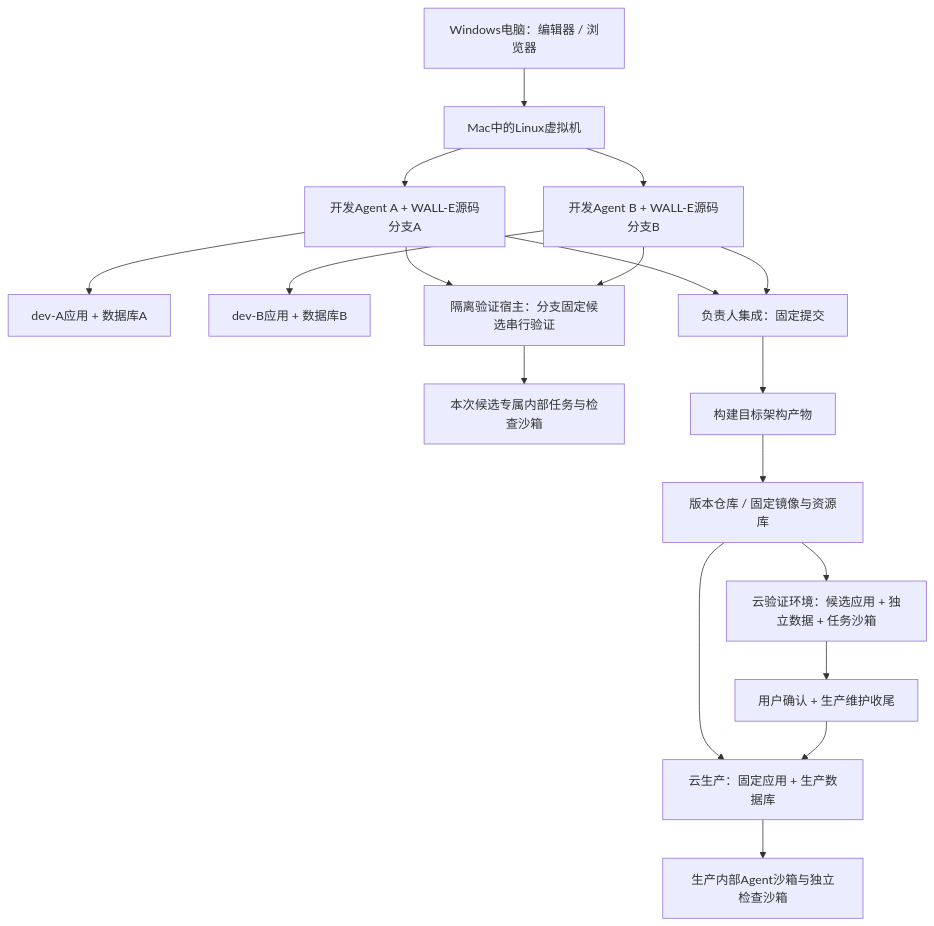
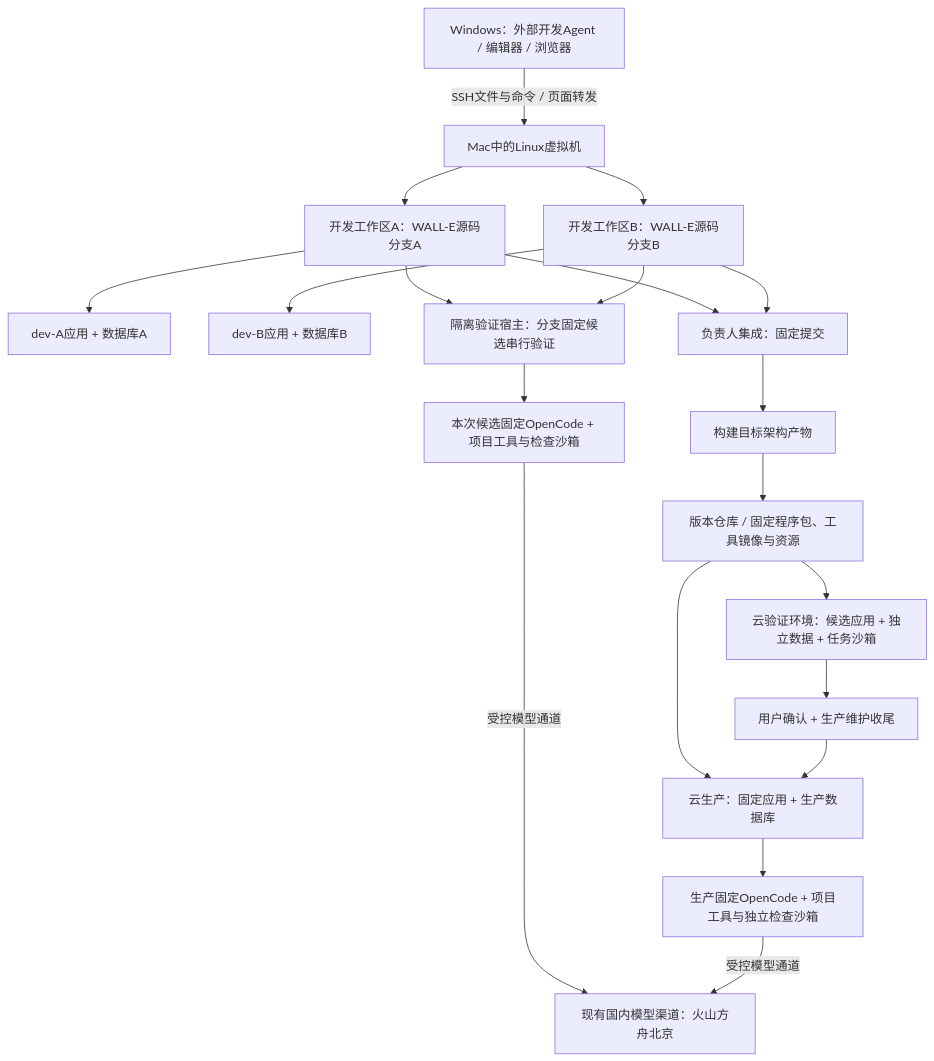
One commit to y-muzhi/Project_Wall_E changed the first of 2 diagrams in docs/iterations/pending/v2.01/WALL-E.架构与平台技术选型评审_V_2.01.md. Above: the diagram before and after it, drawn with Mermaid. The commit also changed other lines of this file and 103 other files, not shown here.

````diff
--- a/docs/iterations/pending/v2.01/WALL-E.架构与平台技术选型评审_V_2.01.md
+++ b/docs/iterations/pending/v2.01/WALL-E.架构与平台技术选型评审_V_2.01.md
@@ -95,20 +99,22 @@
 ```mermaid
 flowchart TB
-    PC[Windows电脑：编辑器 / 浏览器] --> Mac[Mac中的Linux虚拟机]
-    Mac --> A[开发Agent A + WALL-E源码分支A]
-    Mac --> B[开发Agent B + WALL-E源码分支B]
+    PC[Windows：外部开发Agent / 编辑器 / 浏览器] -->|SSH文件与命令 / 页面转发| Mac[Mac中的Linux虚拟机]
+    Mac --> A[开发工作区A：WALL-E源码分支A]
+    Mac --> B[开发工作区B：WALL-E源码分支B]
     A --> DA[dev-A应用 + 数据库A]
     B --> DB[dev-B应用 + 数据库B]
     A --> Verify[隔离验证宿主：分支固定候选串行验证]
     B --> Verify
-    Verify --> SA[本次候选专属内部任务与检查沙箱]
+    Verify --> SA[本次候选固定OpenCode + 项目工具与检查沙箱]
+    SA -->|受控模型通道| Model[现有国内模型渠道：火山方舟北京]
     A --> Integrate[负责人集成：固定提交]
     B --> Integrate
     Integrate --> Build[构建目标架构产物]
-    Build --> Registry[版本仓库 / 固定镜像与资源库]
+    Build --> Registry[版本仓库 / 固定程序包、工具镜像与资源]
     Registry --> Stage[云验证环境：候选应用 + 独立数据 + 任务沙箱]
     Stage --> Approval[用户确认 + 生产维护收尾]
     Registry --> Prod[云生产：固定应用 + 生产数据库]
     Approval --> Prod
-    Prod --> Tasks[生产内部Agent沙箱与独立检查沙箱]
+    Prod --> Tasks[生产固定OpenCode + 项目工具与独立检查沙箱]
+    Tasks -->|受控模型通道| Model
 ```
````
